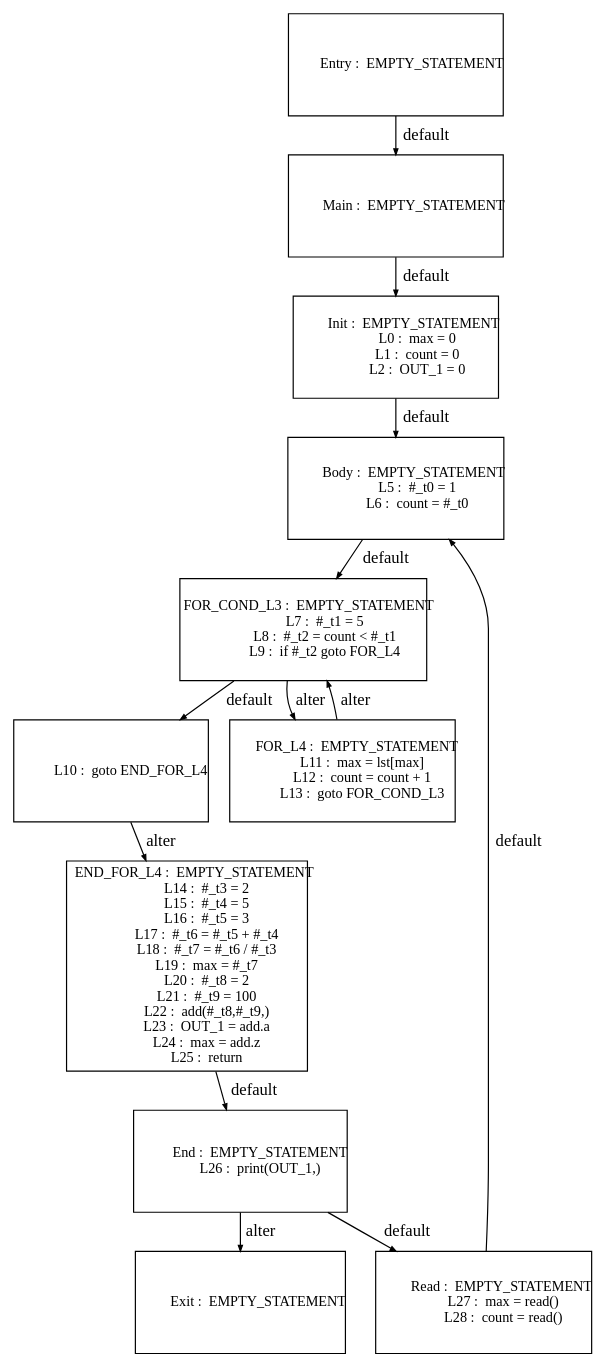
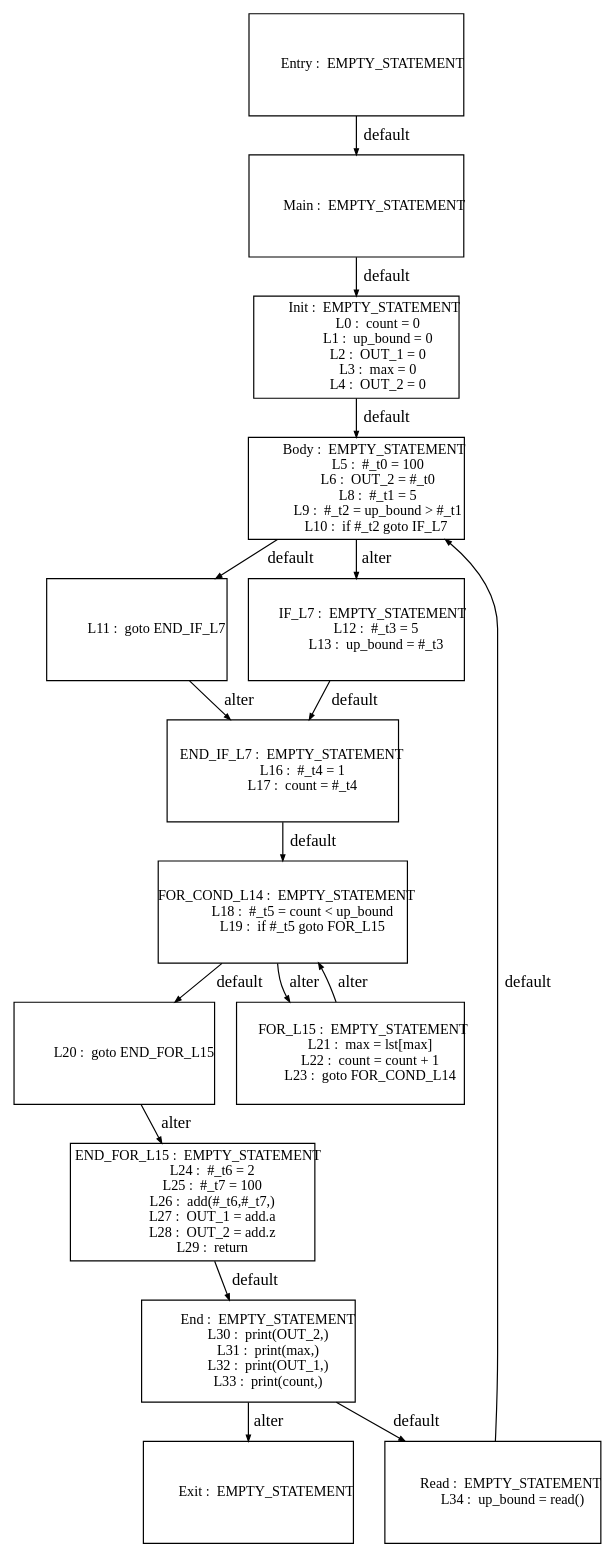
One commit to Geoffrey1014/ST_DSE changed the diagram in tests_programs/dataflow/03_test_output/Graph_origin_0.dot. Above: the diagram before and after it, drawn with Graphviz. The commit also changed 213 other files, not shown here.

```diff
--- a/tests_programs/dataflow/03_test_output/Graph_origin_0.dot
+++ b/tests_programs/dataflow/03_test_output/Graph_origin_0.dot
@@ -1,141 +1,179 @@
 digraph G {
   ranksep=.25;
   edge [arrowsize=.5]
   node [shape=rectangle, fontname="ArialNarrow",
         fontsize=12,  height=1.2];
   "           Main :  EMPTY_STATEMENT
 "; "           Init :  EMPTY_STATEMENT
-             L0 :  max = 0
-             L1 :  count = 0
+             L0 :  count = 0
+             L1 :  up_bound = 0
              L2 :  OUT_1 = 0
+             L3 :  max = 0
+             L4 :  OUT_2 = 0
 "; "           Body :  EMPTY_STATEMENT
-             L5 :  #_t0 = 1
-             L6 :  count = #_t0
-"; "    FOR_COND_L3 :  EMPTY_STATEMENT
-             L7 :  #_t1 = 5
-             L8 :  #_t2 = count < #_t1
-             L9 :  if #_t2 goto FOR_L4
-"; "            L10 :  goto END_FOR_L4
-"; "         FOR_L4 :  EMPTY_STATEMENT
-            L11 :  max = lst[max] 
-            L12 :  count = count + 1
-            L13 :  goto FOR_COND_L3
-"; "     END_FOR_L4 :  EMPTY_STATEMENT
-            L14 :  #_t3 = 2
-            L15 :  #_t4 = 5
-            L16 :  #_t5 = 3
-            L17 :  #_t6 = #_t5 + #_t4
-            L18 :  #_t7 = #_t6 / #_t3
-            L19 :  max = #_t7
-            L20 :  #_t8 = 2
-            L21 :  #_t9 = 100
-            L22 :  add(#_t8,#_t9,)
-            L23 :  OUT_1 = add.a
-            L24 :  max = add.z
-            L25 :  return 
+             L5 :  #_t0 = 100
+             L6 :  OUT_2 = #_t0
+             L8 :  #_t1 = 5
+             L9 :  #_t2 = up_bound > #_t1
+            L10 :  if #_t2 goto IF_L7
+"; "            L11 :  goto END_IF_L7
+"; "          IF_L7 :  EMPTY_STATEMENT
+            L12 :  #_t3 = 5
+            L13 :  up_bound = #_t3
+"; "      END_IF_L7 :  EMPTY_STATEMENT
+            L16 :  #_t4 = 1
+            L17 :  count = #_t4
+"; "   FOR_COND_L14 :  EMPTY_STATEMENT
+            L18 :  #_t5 = count < up_bound
+            L19 :  if #_t5 goto FOR_L15
+"; "            L20 :  goto END_FOR_L15
+"; "        FOR_L15 :  EMPTY_STATEMENT
+            L21 :  max = lst[max] 
+            L22 :  count = count + 1
+            L23 :  goto FOR_COND_L14
+"; "    END_FOR_L15 :  EMPTY_STATEMENT
+            L24 :  #_t6 = 2
+            L25 :  #_t7 = 100
+            L26 :  add(#_t6,#_t7,)
+            L27 :  OUT_1 = add.a
+            L28 :  OUT_2 = add.z
+            L29 :  return 
 "; "          Entry :  EMPTY_STATEMENT
 "; "            End :  EMPTY_STATEMENT
-            L26 :  print(OUT_1,)
+            L30 :  print(OUT_2,)
+            L31 :  print(max,)
+            L32 :  print(OUT_1,)
+            L33 :  print(count,)
 "; "           Exit :  EMPTY_STATEMENT
 "; "           Read :  EMPTY_STATEMENT
-            L27 :  max = read()
-            L28 :  count = read()
+            L34 :  up_bound = read()
 "; 
   "           Main :  EMPTY_STATEMENT
 " -> "           Init :  EMPTY_STATEMENT
-             L0 :  max = 0
-             L1 :  count = 0
+             L0 :  count = 0
+             L1 :  up_bound = 0
              L2 :  OUT_1 = 0
+             L3 :  max = 0
+             L4 :  OUT_2 = 0
 "  [label="default"];
   "           Init :  EMPTY_STATEMENT
-             L0 :  max = 0
-             L1 :  count = 0
+             L0 :  count = 0
+             L1 :  up_bound = 0
              L2 :  OUT_1 = 0
+             L3 :  max = 0
+             L4 :  OUT_2 = 0
 " -> "           Body :  EMPTY_STATEMENT
-             L5 :  #_t0 = 1
-             L6 :  count = #_t0
+             L5 :  #_t0 = 100
+             L6 :  OUT_2 = #_t0
+             L8 :  #_t1 = 5
+             L9 :  #_t2 = up_bound > #_t1
+            L10 :  if #_t2 goto IF_L7
 "  [label="default"];
   "           Body :  EMPTY_STATEMENT
-             L5 :  #_t0 = 1
-             L6 :  count = #_t0
-" -> "    FOR_COND_L3 :  EMPTY_STATEMENT
-             L7 :  #_t1 = 5
-             L8 :  #_t2 = count < #_t1
-             L9 :  if #_t2 goto FOR_L4
+             L5 :  #_t0 = 100
+             L6 :  OUT_2 = #_t0
+             L8 :  #_t1 = 5
+             L9 :  #_t2 = up_bound > #_t1
+            L10 :  if #_t2 goto IF_L7
+" -> "            L11 :  goto END_IF_L7
 "  [label="default"];
-  "    FOR_COND_L3 :  EMPTY_STATEMENT
-             L7 :  #_t1 = 5
-             L8 :  #_t2 = count < #_t1
-             L9 :  if #_t2 goto FOR_L4
-" -> "            L10 :  goto END_FOR_L4
+  "           Body :  EMPTY_STATEMENT
+             L5 :  #_t0 = 100
+             L6 :  OUT_2 = #_t0
+             L8 :  #_t1 = 5
+             L9 :  #_t2 = up_bound > #_t1
+            L10 :  if #_t2 goto IF_L7
+" -> "          IF_L7 :  EMPTY_STATEMENT
+            L12 :  #_t3 = 5
+            L13 :  up_bound = #_t3
+"  [label="alter"];
+  "            L11 :  goto END_IF_L7
+" -> "      END_IF_L7 :  EMPTY_STATEMENT
+            L16 :  #_t4 = 1
+            L17 :  count = #_t4
+"  [label="alter"];
+  "          IF_L7 :  EMPTY_STATEMENT
+            L12 :  #_t3 = 5
+            L13 :  up_bound = #_t3
+" -> "      END_IF_L7 :  EMPTY_STATEMENT
+            L16 :  #_t4 = 1
+            L17 :  count = #_t4
 "  [label="default"];
-  "    FOR_COND_L3 :  EMPTY_STATEMENT
-             L7 :  #_t1 = 5
-             L8 :  #_t2 = count < #_t1
-             L9 :  if #_t2 goto FOR_L4
-" -> "         FOR_L4 :  EMPTY_STATEMENT
-            L11 :  max = lst[max] 
-            L12 :  count = count + 1
-            L13 :  goto FOR_COND_L3
+  "      END_IF_L7 :  EMPTY_STATEMENT
+            L16 :  #_t4 = 1
+            L17 :  count = #_t4
+" -> "   FOR_COND_L14 :  EMPTY_STATEMENT
+            L18 :  #_t5 = count < up_bound
+            L19 :  if #_t5 goto FOR_L15
+"  [label="default"];
+  "   FOR_COND_L14 :  EMPTY_STATEMENT
+            L18 :  #_t5 = count < up_bound
+            L19 :  if #_t5 goto FOR_L15
+" -> "            L20 :  goto END_FOR_L15
+"  [label="default"];
+  "   FOR_COND_L14 :  EMPTY_STATEMENT
+            L18 :  #_t5 = count < up_bound
+            L19 :  if #_t5 goto FOR_L15
+" -> "        FOR_L15 :  EMPTY_STATEMENT
+            L21 :  max = lst[max] 
+            L22 :  count = count + 1
+            L23 :  goto FOR_COND_L14
 "  [label="alter"];
-  "            L10 :  goto END_FOR_L4
-" -> "     END_FOR_L4 :  EMPTY_STATEMENT
-            L14 :  #_t3 = 2
-            L15 :  #_t4 = 5
-            L16 :  #_t5 = 3
-            L17 :  #_t6 = #_t5 + #_t4
-            L18 :  #_t7 = #_t6 / #_t3
-            L19 :  max = #_t7
-            L20 :  #_t8 = 2
-            L21 :  #_t9 = 100
-            L22 :  add(#_t8,#_t9,)
-            L23 :  OUT_1 = add.a
-            L24 :  max = add.z
-            L25 :  return 
+  "            L20 :  goto END_FOR_L15
+" -> "    END_FOR_L15 :  EMPTY_STATEMENT
+            L24 :  #_t6 = 2
+            L25 :  #_t7 = 100
+            L26 :  add(#_t6,#_t7,)
+            L27 :  OUT_1 = add.a
+            L28 :  OUT_2 = add.z
+            L29 :  return 
 "  [label="alter"];
-  "         FOR_L4 :  EMPTY_STATEMENT
-            L11 :  max = lst[max] 
-            L12 :  count = count + 1
-            L13 :  goto FOR_COND_L3
-" -> "    FOR_COND_L3 :  EMPTY_STATEMENT
-             L7 :  #_t1 = 5
-             L8 :  #_t2 = count < #_t1
-             L9 :  if #_t2 goto FOR_L4
+  "        FOR_L15 :  EMPTY_STATEMENT
+            L21 :  max = lst[max] 
+            L22 :  count = count + 1
+            L23 :  goto FOR_COND_L14
+" -> "   FOR_COND_L14 :  EMPTY_STATEMENT
+            L18 :  #_t5 = count < up_bound
+            L19 :  if #_t5 goto FOR_L15
 "  [label="alter"];
-  "     END_FOR_L4 :  EMPTY_STATEMENT
-            L14 :  #_t3 = 2
-            L15 :  #_t4 = 5
-            L16 :  #_t5 = 3
-            L17 :  #_t6 = #_t5 + #_t4
-            L18 :  #_t7 = #_t6 / #_t3
-            L19 :  max = #_t7
-            L20 :  #_t8 = 2
-            L21 :  #_t9 = 100
-            L22 :  add(#_t8,#_t9,)
-            L23 :  OUT_1 = add.a
-            L24 :  max = add.z
-            L25 :  return 
+  "    END_FOR_L15 :  EMPTY_STATEMENT
+            L24 :  #_t6 = 2
+            L25 :  #_t7 = 100
+            L26 :  add(#_t6,#_t7,)
+            L27 :  OUT_1 = add.a
+            L28 :  OUT_2 = add.z
+            L29 :  return 
 " -> "            End :  EMPTY_STATEMENT
-            L26 :  print(OUT_1,)
+            L30 :  print(OUT_2,)
+            L31 :  print(max,)
+            L32 :  print(OUT_1,)
+            L33 :  print(count,)
 "  [label="default"];
   "          Entry :  EMPTY_STATEMENT
 " -> "           Main :  EMPTY_STATEMENT
 "  [label="default"];
   "            End :  EMPTY_STATEMENT
-            L26 :  print(OUT_1,)
+            L30 :  print(OUT_2,)
+            L31 :  print(max,)
+            L32 :  print(OUT_1,)
+            L33 :  print(count,)
 " -> "           Read :  EMPTY_STATEMENT
-            L27 :  max = read()
-            L28 :  count = read()
+            L34 :  up_bound = read()
 "  [label="default"];
   "            End :  EMPTY_STATEMENT
-            L26 :  print(OUT_1,)
+            L30 :  print(OUT_2,)
+            L31 :  print(max,)
+            L32 :  print(OUT_1,)
+            L33 :  print(count,)
 " -> "           Exit :  EMPTY_STATEMENT
 "  [label="alter"];
   "           Read :  EMPTY_STATEMENT
-            L27 :  max = read()
-            L28 :  count = read()
+            L34 :  up_bound = read()
 " -> "           Body :  EMPTY_STATEMENT
-             L5 :  #_t0 = 1
-             L6 :  count = #_t0
+             L5 :  #_t0 = 100
+             L6 :  OUT_2 = #_t0
+             L8 :  #_t1 = 5
+             L9 :  #_t2 = up_bound > #_t1
+            L10 :  if #_t2 goto IF_L7
 "  [label="default"];
 }
```
